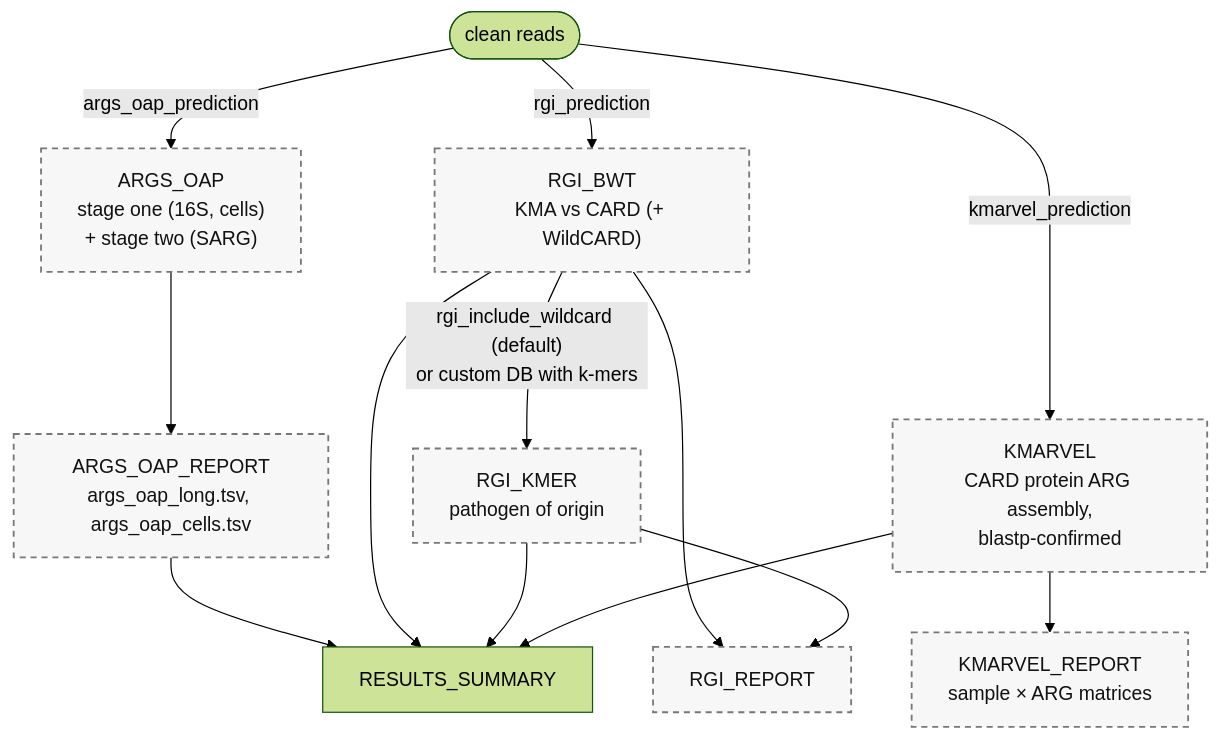
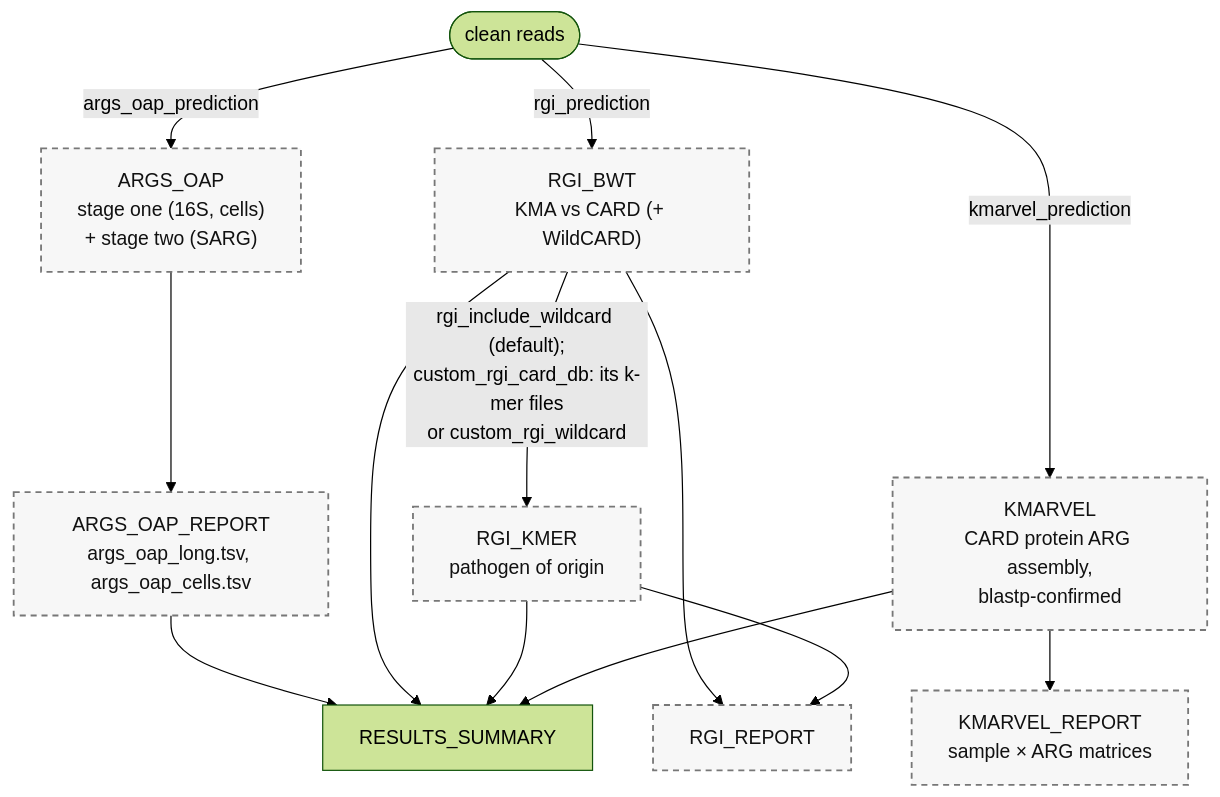
The sixth of 13 diagrams in docs/WORKFLOW_DIAGRAM.md (gene2dis/BugBuster), drawn with Mermaid (forest theme) before and after one commit. The commit also changed other lines of this file and 2 other files, not shown here.

First line of the commit message:
fix(diagrams): second review round on the diagram check and the stage wiring

````diff
--- a/docs/WORKFLOW_DIAGRAM.md
+++ b/docs/WORKFLOW_DIAGRAM.md
@@ -235,19 +236,19 @@
 ```mermaid
 flowchart TD
     Clean(["clean reads"])
     Clean -->|args_oap_prediction| ARGS_OAP["ARGS_OAP<br/>stage one (16S, cells)<br/>+ stage two (SARG)"]
     ARGS_OAP --> ARGS_OAP_REPORT["ARGS_OAP_REPORT<br/>args_oap_long.tsv, args_oap_cells.tsv"]
 
     Clean -->|rgi_prediction| RGI_BWT["RGI_BWT<br/>KMA vs CARD (+ WildCARD)"]
-    RGI_BWT -->|"rgi_include_wildcard (default)<br/>or custom DB with k-mers"| RGI_KMER["RGI_KMER<br/>pathogen of origin"]
+    RGI_BWT -->|"rgi_include_wildcard (default);<br/>custom_rgi_card_db: its k-mer files<br/>or custom_rgi_wildcard"| RGI_KMER["RGI_KMER<br/>pathogen of origin"]
     RGI_BWT --> RGI_REPORT
     RGI_KMER --> RGI_REPORT
 
     Clean -->|kmarvel_prediction| KMARVEL["KMARVEL<br/>CARD protein ARG assembly,<br/>blastp-confirmed"]
     KMARVEL --> KMARVEL_REPORT["KMARVEL_REPORT<br/>sample × ARG matrices"]
 
     ARGS_OAP_REPORT & RGI_BWT & RGI_KMER & KMARVEL --> RESULTS_SUMMARY
 
     classDef opt fill:#F7F7F7,stroke:#777,stroke-width:1.5px,stroke-dasharray:5 4,color:#111
     class ARGS_OAP,ARGS_OAP_REPORT,RGI_BWT,RGI_KMER,RGI_REPORT,KMARVEL,KMARVEL_REPORT opt
 ```
````
